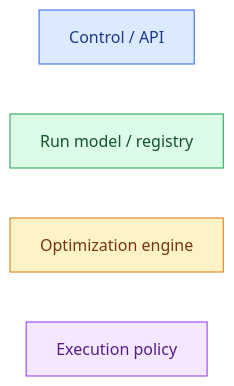
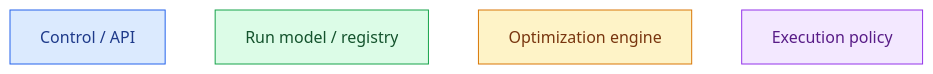
The second of 3 diagrams in Solver/docs/solver_lifecycle_architecture.md (klaudia021/Beosztasmester), drawn with Mermaid before and after one commit. The commit also changed 1 other file, not shown here.

Commit message:
docs(solver): add registration and concurrency requirements

````diff
--- a/Solver/docs/solver_lifecycle_architecture.md
+++ b/Solver/docs/solver_lifecycle_architecture.md
@@ -67,17 +67,17 @@
 ```mermaid
-flowchart LR
+flowchart TD
     CTRL["Control / API"]
     MD["Run model / registry"]
     ENG["Optimization engine"]
     POL["Execution policy"]
 
     classDef control fill:#dbeafe,stroke:#2563eb,color:#1e3a8a
     classDef model fill:#dcfce7,stroke:#16a34a,color:#14532d
     classDef engine fill:#fef3c7,stroke:#d97706,color:#78350f
     classDef policy fill:#f3e8ff,stroke:#9333ea,color:#581c87
 
     class CTRL control
     class MD model
     class ENG engine
     class POL policy
 ```
````
